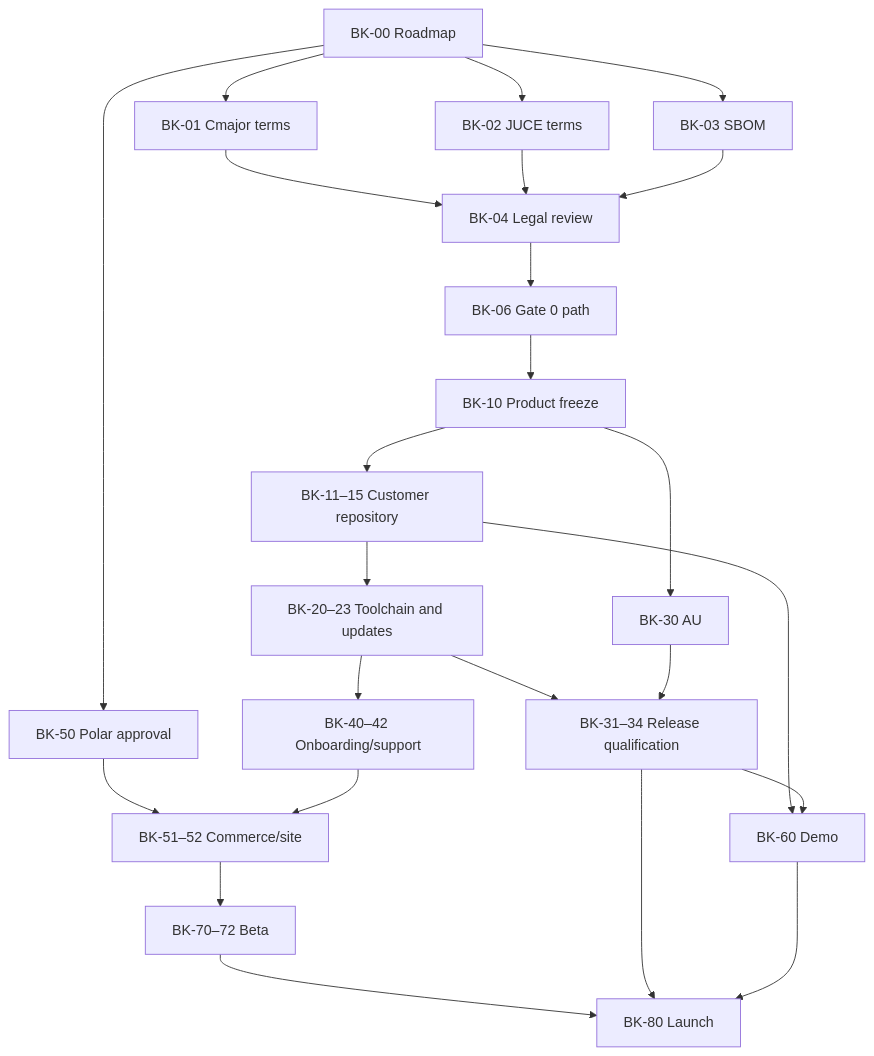
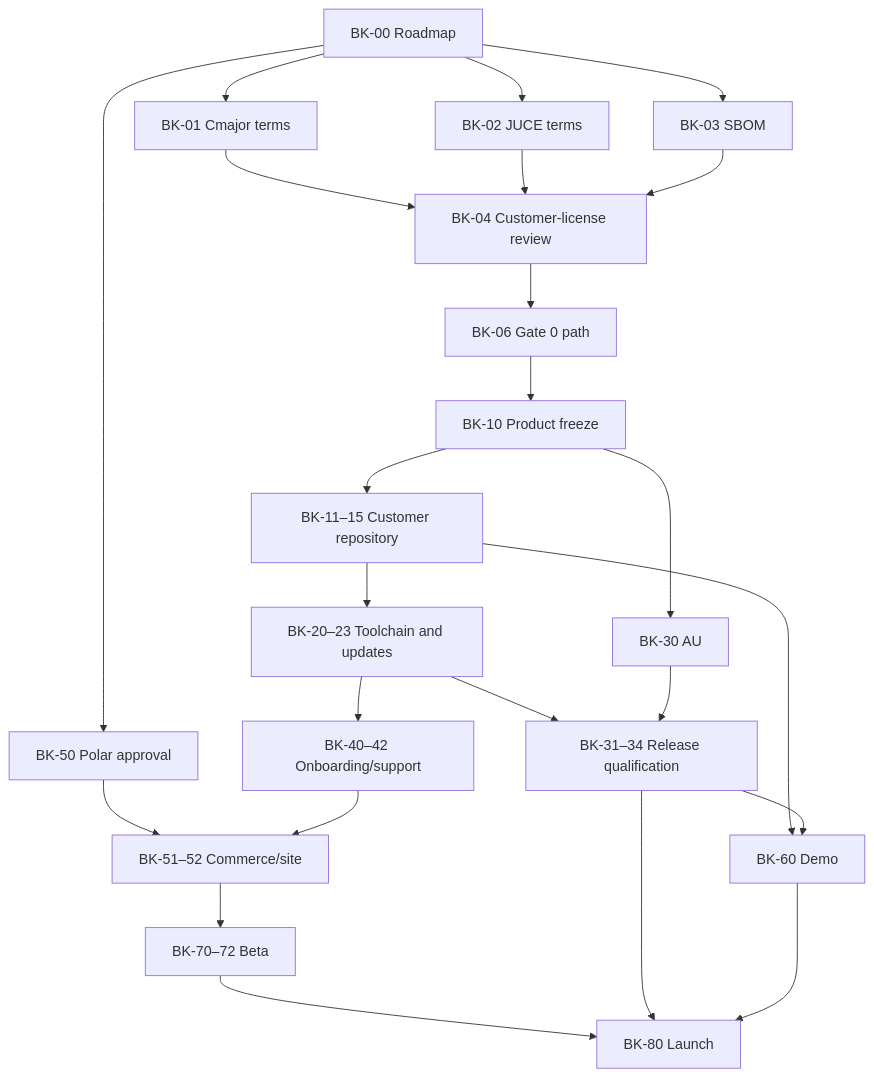
One commit to androidStern-personal/cosimo-synth changed the diagram in ENHANCER_LITE_BUILDER_KIT_ROADMAP.md. Above: the diagram before and after it, drawn with Mermaid. The commit also changed other lines of this file and 6 other files, not shown here.

````diff
--- a/ENHANCER_LITE_BUILDER_KIT_ROADMAP.md
+++ b/ENHANCER_LITE_BUILDER_KIT_ROADMAP.md
@@ -644,26 +644,26 @@
 ```mermaid
 flowchart TD
     P[BK-00 Roadmap] --> L1[BK-01 Cmajor terms]
     P --> L2[BK-02 JUCE terms]
     P --> SBOM[BK-03 SBOM]
-    L1 --> LEGAL[BK-04 Legal review]
+    L1 --> LEGAL[BK-04 Customer-license review]
     L2 --> LEGAL
     SBOM --> LEGAL
     LEGAL --> GO[BK-06 Gate 0 path]
     P --> STORE[BK-50 Polar approval]
     GO --> FREEZE[BK-10 Product freeze]
     FREEZE --> REPO[BK-11–15 Customer repository]
     REPO --> TOOL[BK-20–23 Toolchain and updates]
     FREEZE --> AU[BK-30 AU]
     TOOL --> RELEASE[BK-31–34 Release qualification]
     AU --> RELEASE
     TOOL --> DOCS[BK-40–42 Onboarding/support]
     STORE --> COMMERCE[BK-51–52 Commerce/site]
     DOCS --> COMMERCE
     REPO --> DEMO[BK-60 Demo]
     RELEASE --> DEMO
     COMMERCE --> BETA[BK-70–72 Beta]
     BETA --> LAUNCH[BK-80 Launch]
     RELEASE --> LAUNCH
     DEMO --> LAUNCH
 ```
````
